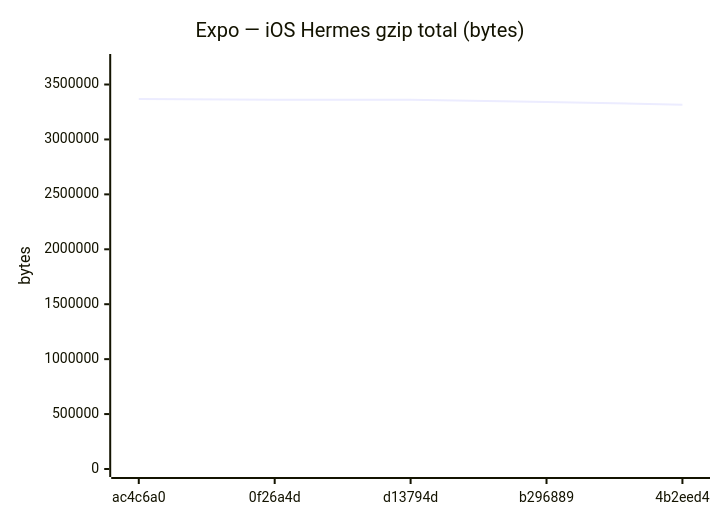
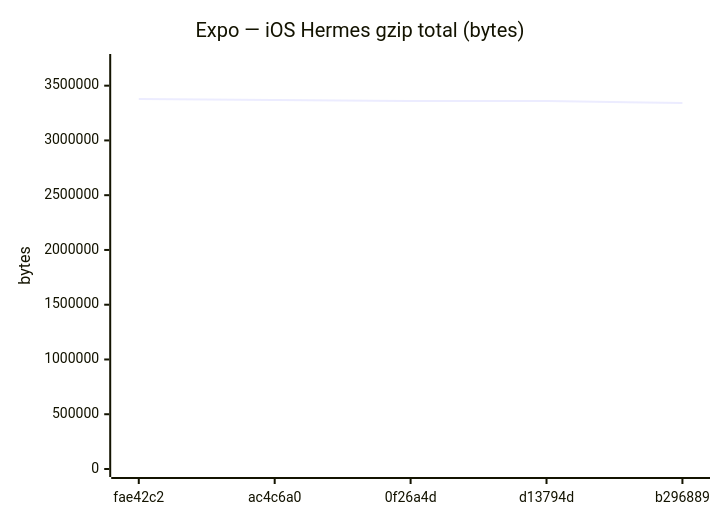
Diagram 12 of 18 in benchmarks/compare.md (Metaheurist/Rianell), drawn with Mermaid before and after one commit. The commit also changed other lines of this file and 11 other files, not shown here.

````diff
--- a/benchmarks/compare.md
+++ b/benchmarks/compare.md
@@ -179,7 +179,7 @@
 ```mermaid
 xychart-beta
     title "Expo — iOS Hermes gzip total (bytes)"
-    x-axis ["ac4c6a0", "0f26a4d", "d13794d", "b296889", "4b2eed4"]
-    y-axis "bytes" 0 --> 3704892
-    line [3368083, 3360774, 3360776, 3341646, 3316545]
+    x-axis ["fae42c2", "ac4c6a0", "0f26a4d", "d13794d", "b296889"]
+    y-axis "bytes" 0 --> 3716109
+    line [3378280, 3368083, 3360774, 3360776, 3341646]
 ```
````
